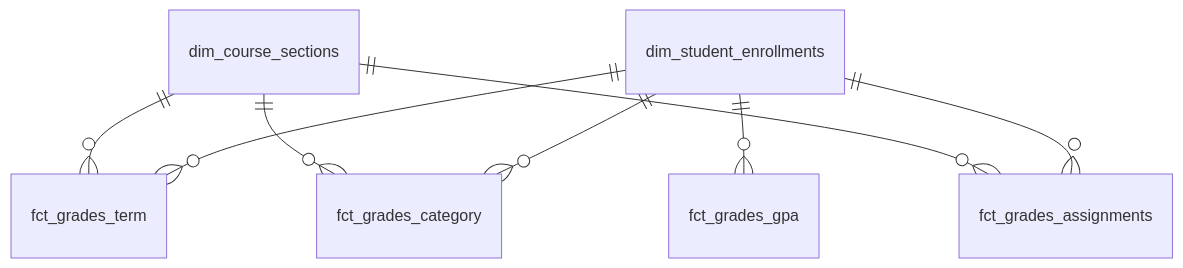
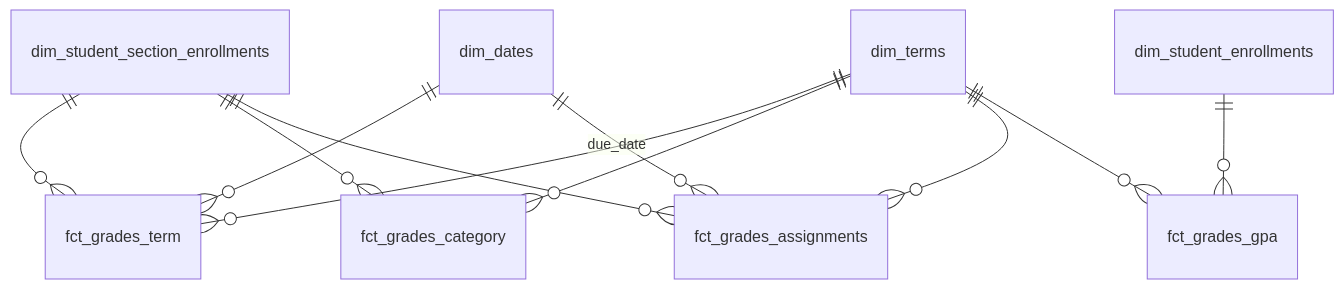
One commit to TEAMSchools/teamster changed the eighth of 10 diagrams in docs/superpowers/specs/2026-03-27-star-schema-data-mart-design.md. Above: the diagram before and after it, drawn with Mermaid. The commit also changed other lines of this file, not shown here.

First line of the commit message:
docs: incorporate star-schema mart spec feedback on A+X traversal

````diff
--- a/docs/superpowers/specs/2026-03-27-star-schema-data-mart-design.md
+++ b/docs/superpowers/specs/2026-03-27-star-schema-data-mart-design.md
@@ -567,10 +680,13 @@
 ```mermaid
 erDiagram
-    dim_student_enrollments ||--o{ fct_grades_term : ""
-    dim_student_enrollments ||--o{ fct_grades_category : ""
-    dim_student_enrollments ||--o{ fct_grades_assignments : ""
+    dim_student_section_enrollments ||--o{ fct_grades_term : ""
+    dim_student_section_enrollments ||--o{ fct_grades_category : ""
+    dim_student_section_enrollments ||--o{ fct_grades_assignments : ""
     dim_student_enrollments ||--o{ fct_grades_gpa : ""
-    dim_course_sections ||--o{ fct_grades_term : ""
-    dim_course_sections ||--o{ fct_grades_category : ""
-    dim_course_sections ||--o{ fct_grades_assignments : ""
+    dim_terms ||--o{ fct_grades_term : ""
+    dim_terms ||--o{ fct_grades_category : ""
+    dim_terms ||--o{ fct_grades_assignments : ""
+    dim_terms ||--o{ fct_grades_gpa : ""
+    dim_dates ||--o{ fct_grades_term : ""
+    dim_dates ||--o{ fct_grades_assignments : "due_date"
 ```
````
